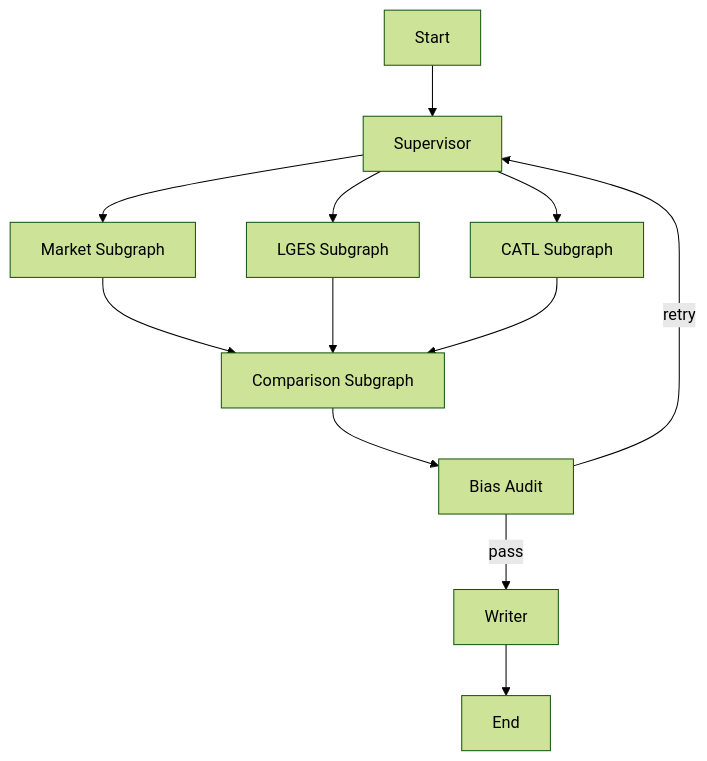
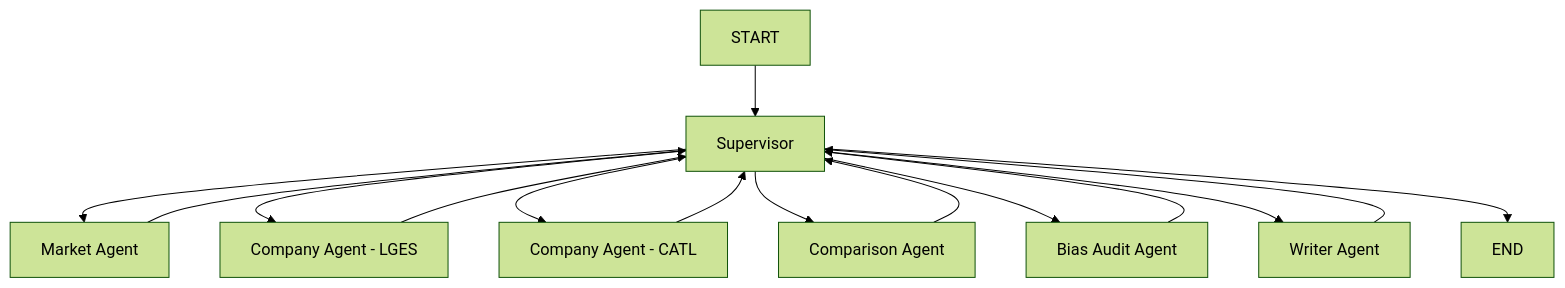
The diagram in README.md (the-front-row-on-the-left/battery-market-intelligence), drawn with Mermaid (forest theme) before and after one commit. The commit also changed other lines of this file and 1 other file, not shown here.

````diff
--- a/README.md
+++ b/README.md
@@ -43,14 +39,17 @@
 ```mermaid
 flowchart TD
-    A[Start] --> B[Supervisor]
-    B --> C[Market Subgraph]
-    B --> D[LGES Subgraph]
-    B --> E[CATL Subgraph]
-    C --> F[Comparison Subgraph]
-    D --> F
-    E --> F
-    F --> G[Bias Audit]
-    G -->|retry| B
-    G -->|pass| H[Writer]
-    H --> I[End]
+    S[START] --> SV[Supervisor]
+    SV --> M[Market Agent]
+    SV --> L[Company Agent - LGES]
+    SV --> C[Company Agent - CATL]
+    M --> SV
+    L --> SV
+    C --> SV
+    SV --> CMP[Comparison Agent]
+    CMP --> SV
+    SV --> BA[Bias Audit Agent]
+    BA --> SV
+    SV --> W[Writer Agent]
+    W --> SV
+    SV --> E[END]
 ```
````
